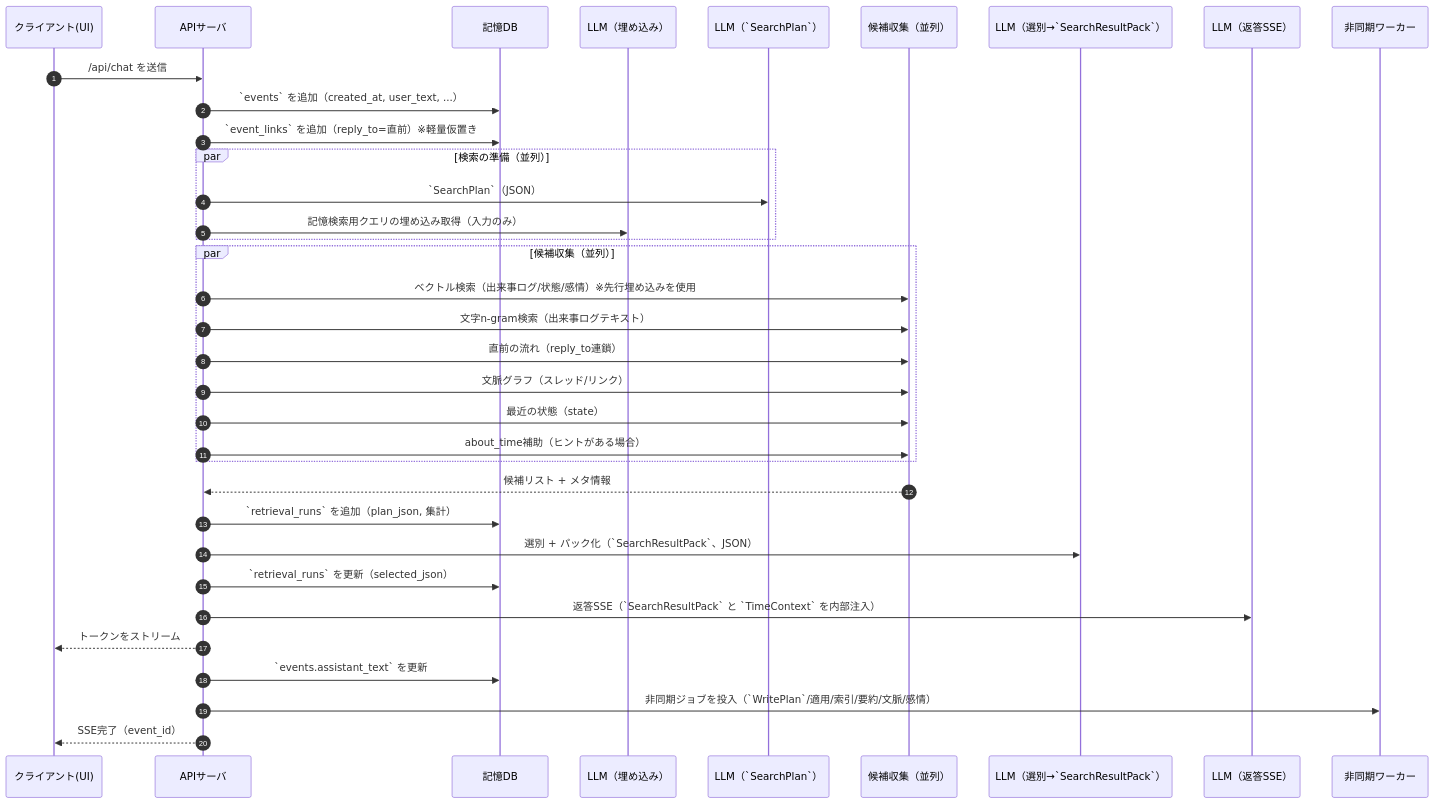
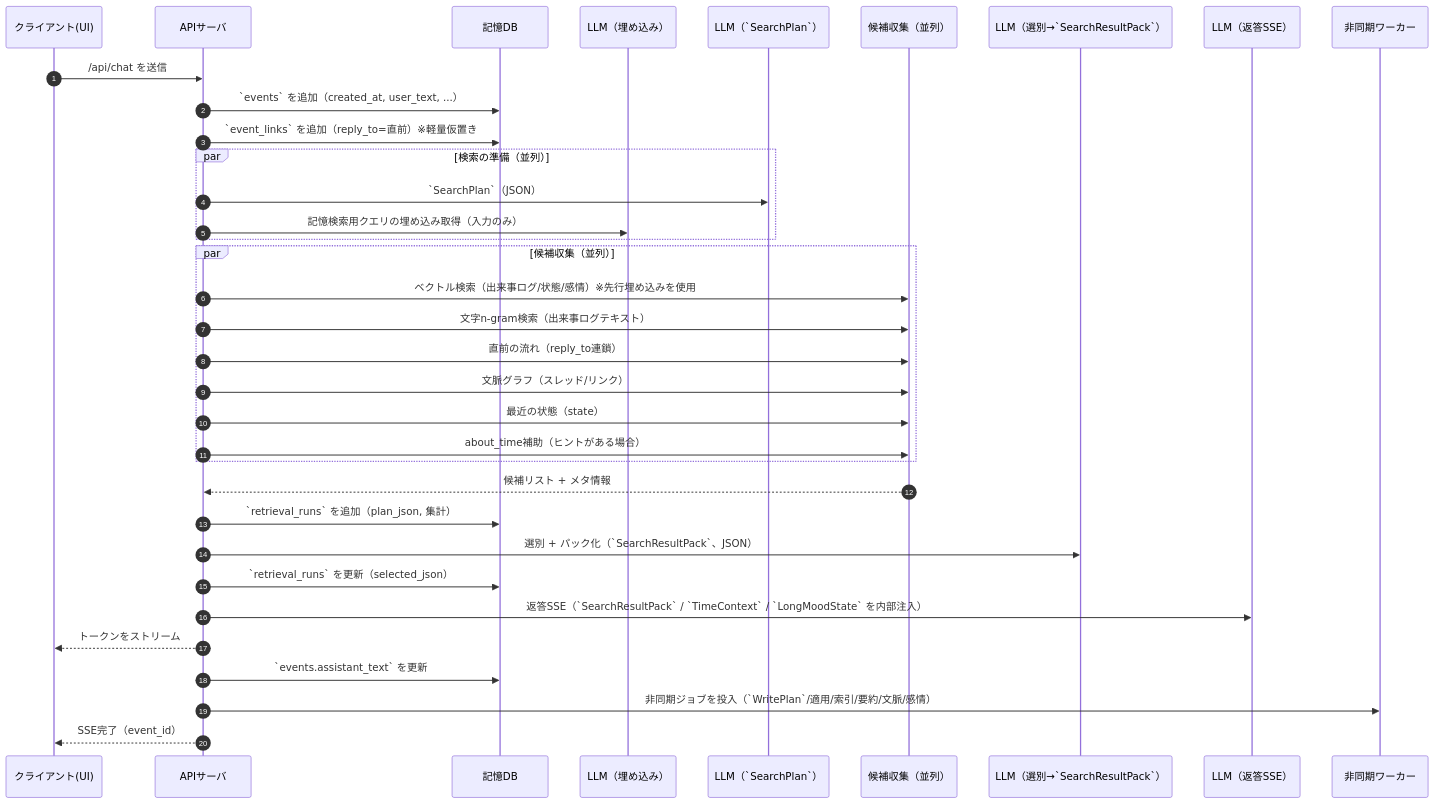
One commit to hirona98/CocoroGhost changed the diagram in docs/10_実行フロー.md. Above: the diagram before and after it, drawn with Mermaid. The commit also changed other lines of this file and 3 other files, not shown here.

````diff
--- a/docs/10_実行フロー.md
+++ b/docs/10_実行フロー.md
@@ -20,38 +20,38 @@
 ```mermaid
 sequenceDiagram
 	  autonumber
 	  participant UI as クライアント(UI)
 	  participant API as APIサーバ
 	  participant DB as 記憶DB
 	  participant L0 as LLM（埋め込み）
 	  participant L1 as LLM（`SearchPlan`）
 	  participant G as 候補収集（並列）
 	  participant L2 as LLM（選別→`SearchResultPack`）
 	  participant L3 as LLM（返答SSE）
 	  participant W as 非同期ワーカー
 
 	  UI->>API: /api/chat を送信
 	  API->>DB: `events` を追加（created_at, user_text, ...）
 	  API->>DB: `event_links` を追加（reply_to=直前）※軽量仮置き
 	  par 検索の準備（並列）
 	    API->>L1: `SearchPlan`（JSON）
 	    API->>L0: 記憶検索用クエリの埋め込み取得（入力のみ）
 	  end
 	  par 候補収集（並列）
 	    API->>G: ベクトル検索（出来事ログ/状態/感情）※先行埋め込みを使用
 	    API->>G: 文字n-gram検索（出来事ログテキスト）
 	    API->>G: 直前の流れ（reply_to連鎖）
 	    API->>G: 文脈グラフ（スレッド/リンク）
 	    API->>G: 最近の状態（state）
 	    API->>G: about_time補助（ヒントがある場合）
 	  end
   G-->>API: 候補リスト + メタ情報
   API->>DB: `retrieval_runs` を追加（plan_json, 集計）
-  API->>L2: 選別 + パック化（`SearchResultPack`、JSON）
-  API->>DB: `retrieval_runs` を更新（selected_json）
-  API->>L3: 返答SSE（`SearchResultPack` と `TimeContext` を内部注入）
-  API-->>UI: トークンをストリーム
-  API->>DB: `events.assistant_text` を更新
-  API->>W: 非同期ジョブを投入（`WritePlan`/適用/索引/要約/文脈/感情）
-  API-->>UI: SSE完了（event_id）
+	  API->>L2: 選別 + パック化（`SearchResultPack`、JSON）
+	  API->>DB: `retrieval_runs` を更新（selected_json）
+	  API->>L3: 返答SSE（`SearchResultPack` / `TimeContext` / `LongMoodState` を内部注入）
+	  API-->>UI: トークンをストリーム
+	  API->>DB: `events.assistant_text` を更新
+	  API->>W: 非同期ジョブを投入（`WritePlan`/適用/索引/要約/文脈/感情）
+	  API-->>UI: SSE完了（event_id）
 ```
````
